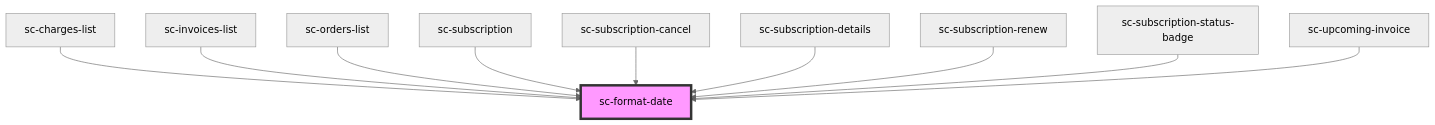
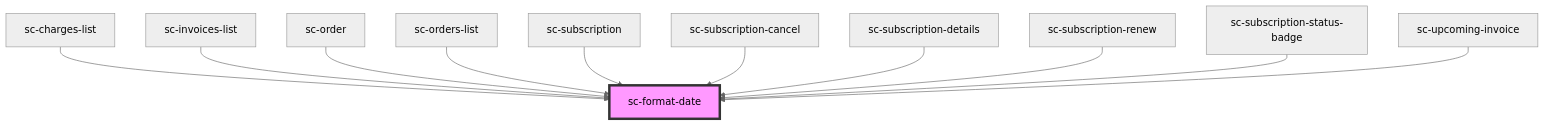
The diagram in packages/components/src/components/util/format-date/readme.md (surecart/surecart-wp-plugin), drawn with Mermaid (neutral theme) before and after one commit. The commit also changed other lines of this file and 68 other files, not shown here.

````diff
--- a/packages/components/src/components/util/format-date/readme.md
+++ b/packages/components/src/components/util/format-date/readme.md
@@ -43,13 +44,14 @@
 ```mermaid
 graph TD;
   sc-charges-list --> sc-format-date
   sc-invoices-list --> sc-format-date
+  sc-order --> sc-format-date
   sc-orders-list --> sc-format-date
   sc-subscription --> sc-format-date
   sc-subscription-cancel --> sc-format-date
   sc-subscription-details --> sc-format-date
   sc-subscription-renew --> sc-format-date
   sc-subscription-status-badge --> sc-format-date
   sc-upcoming-invoice --> sc-format-date
   style sc-format-date fill:#f9f,stroke:#333,stroke-width:4px
 ```
````
